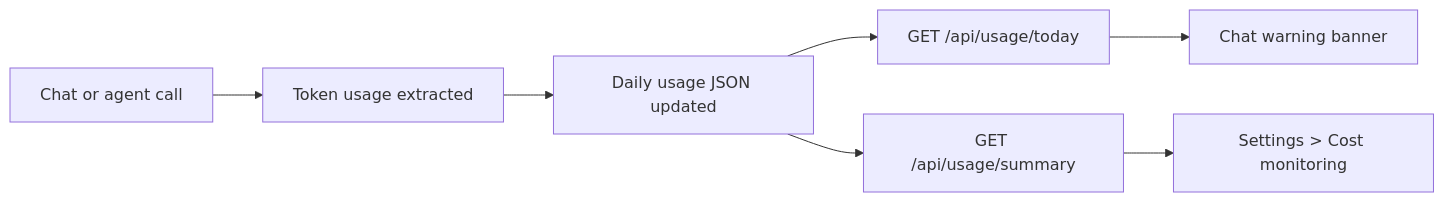
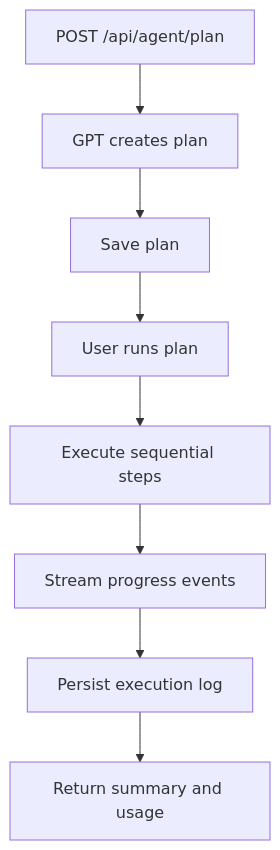
One commit to Hanan899/NeuralChat changed the third of 4 diagrams in NeuralChat/README.md. Above: the diagram before and after it, drawn with Mermaid. The commit also changed other lines of this file and 13 other files, not shown here.

````diff
--- a/NeuralChat/README.md
+++ b/NeuralChat/README.md
@@ -309,9 +300,10 @@
 ```mermaid
-flowchart LR
-  A["Chat or agent call"] --> B["Token usage extracted"]
-  B --> C["Daily usage JSON updated"]
-  C --> D["GET /api/usage/today"]
-  C --> E["GET /api/usage/summary"]
-  D --> F["Chat warning banner"]
-  E --> G["Settings > Cost monitoring"]
+flowchart TD
+  A["POST /api/agent/plan"] --> B["GPT creates plan"]
+  B --> C["Save plan"]
+  C --> D["User runs plan"]
+  D --> E["Execute sequential steps"]
+  E --> F["Stream progress events"]
+  F --> G["Persist execution log"]
+  G --> H["Return summary and usage"]
 ```
````
